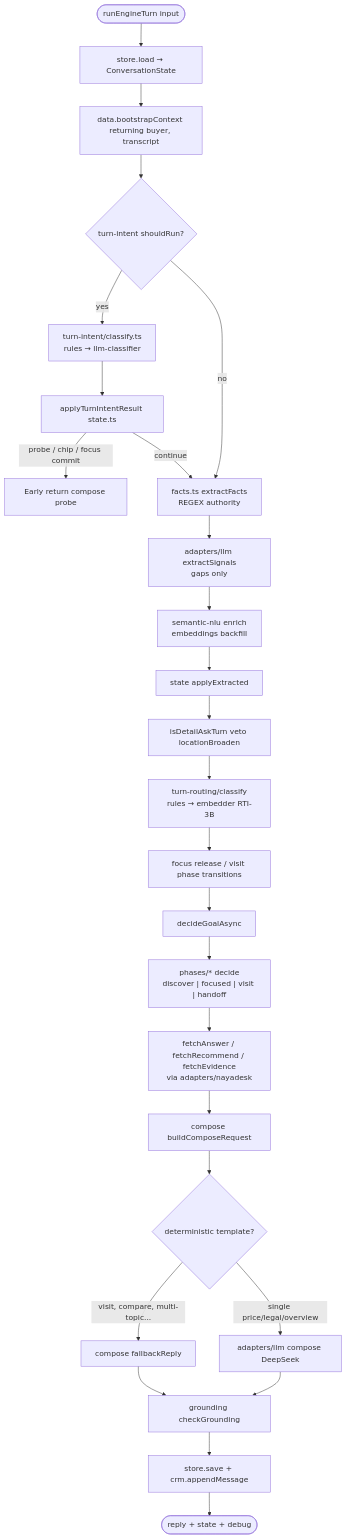
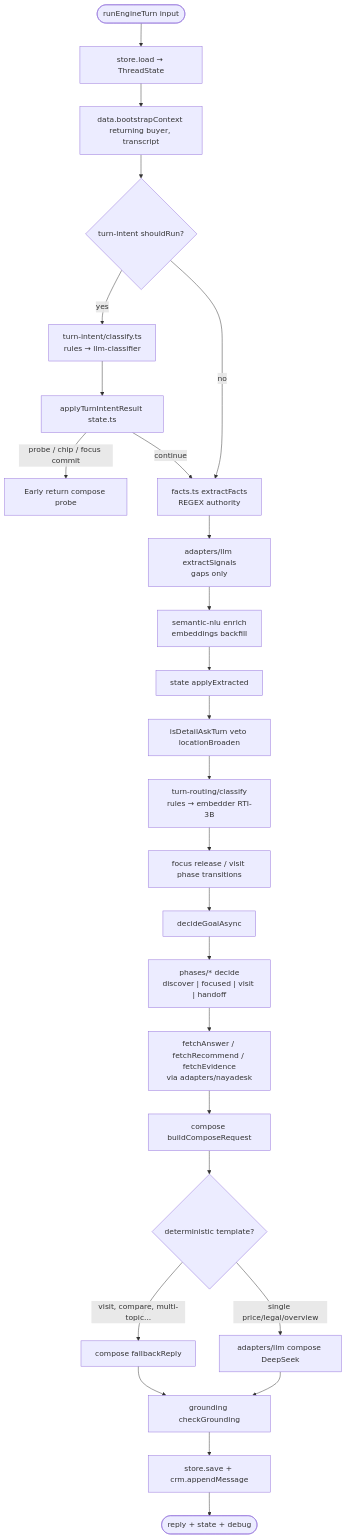
One commit to nagarjunveerapu/ConverseSpine changed the third of 5 diagrams in docs/CONVERSESPINE_ARCHITECTURE.md. Above: the diagram before and after it, drawn with Mermaid. The commit also changed other lines of this file and 192 other files, not shown here.

First line of the commit message:
Retire the conversation noun: Spine speaks thread ids (#247)

````diff
--- a/docs/CONVERSESPINE_ARCHITECTURE.md
+++ b/docs/CONVERSESPINE_ARCHITECTURE.md
@@ -149,36 +149,36 @@
 ```mermaid
 flowchart TD
-  START(["runEngineTurn input"]) --> LOAD["store.load → ConversationState"]
+  START(["runEngineTurn input"]) --> LOAD["store.load → ThreadState"]
   LOAD --> BOOT["data.bootstrapContext returning buyer, transcript"]
   BOOT --> RTI{"turn-intent shouldRun?"}
 
   RTI -->|yes| RTI_C["turn-intent/classify.ts<br/>rules → llm-classifier"]
   RTI_C --> RTI_A["applyTurnIntentResult state.ts"]
   RTI_A -->|probe / chip / focus commit| EARLY["Early return compose probe"]
   RTI_A -->|continue| EX
 
   RTI -->|no| EX
 
   EX["facts.ts extractFacts<br/>REGEX authority"]
   EX --> LLM_SIG["adapters/llm extractSignals<br/>gaps only"]
   LLM_SIG --> SEM["semantic-nlu enrich<br/>embeddings backfill"]
   SEM --> APPLY["state applyExtracted"]
   APPLY --> GUARD["isDetailAskTurn veto locationBroaden"]
   GUARD --> ROUTE["turn-routing/classify<br/>rules → embedder RTI-3B"]
 
   ROUTE --> PIVOT["focus release / visit phase transitions"]
   PIVOT --> GOAL["decideGoalAsync"]
   GOAL --> PH["phases/* decide<br/>discover | focused | visit | handoff"]
 
   PH --> FETCH["fetchAnswer / fetchRecommend / fetchEvidence<br/>via adapters/nayadesk"]
   FETCH --> REQ["compose buildComposeRequest"]
 
   REQ --> DET{"deterministic template?"}
   DET -->|visit, compare, multi-topic...| FB["compose fallbackReply"]
   DET -->|single price/legal/overview| CMP["adapters/llm compose DeepSeek"]
 
   FB --> GRD["grounding checkGrounding"]
   CMP --> GRD
   GRD --> SAVE["store.save + crm.appendMessage"]
   SAVE --> OUT(["reply + state + debug"])
 ```
````
